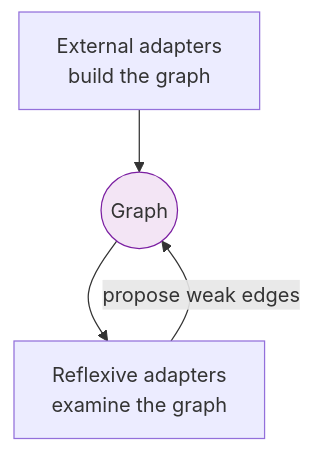
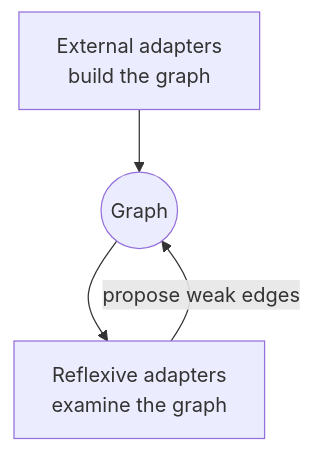
One commit to nrgforge/plexus changed the seventh of 8 diagrams in docs/semantic-adapters.md. Above: the diagram before and after it, drawn with Mermaid. The commit also changed other lines of this file and 1 other file, not shown here.

Commit message:
docs: remove background colors from mermaid diagrams

````diff
--- a/docs/semantic-adapters.md
+++ b/docs/semantic-adapters.md
@@ -181,10 +170,9 @@
 ```mermaid
 flowchart TB
     External["External adapters
     build the graph"] --> Graph(("Graph"))
     Graph --> Reflexive["Reflexive adapters
     examine the graph"]
     Reflexive -->|"propose weak edges"| Graph
 
-    style Graph fill:#f3e5f5,stroke:#7b1fa2
 ```
````
